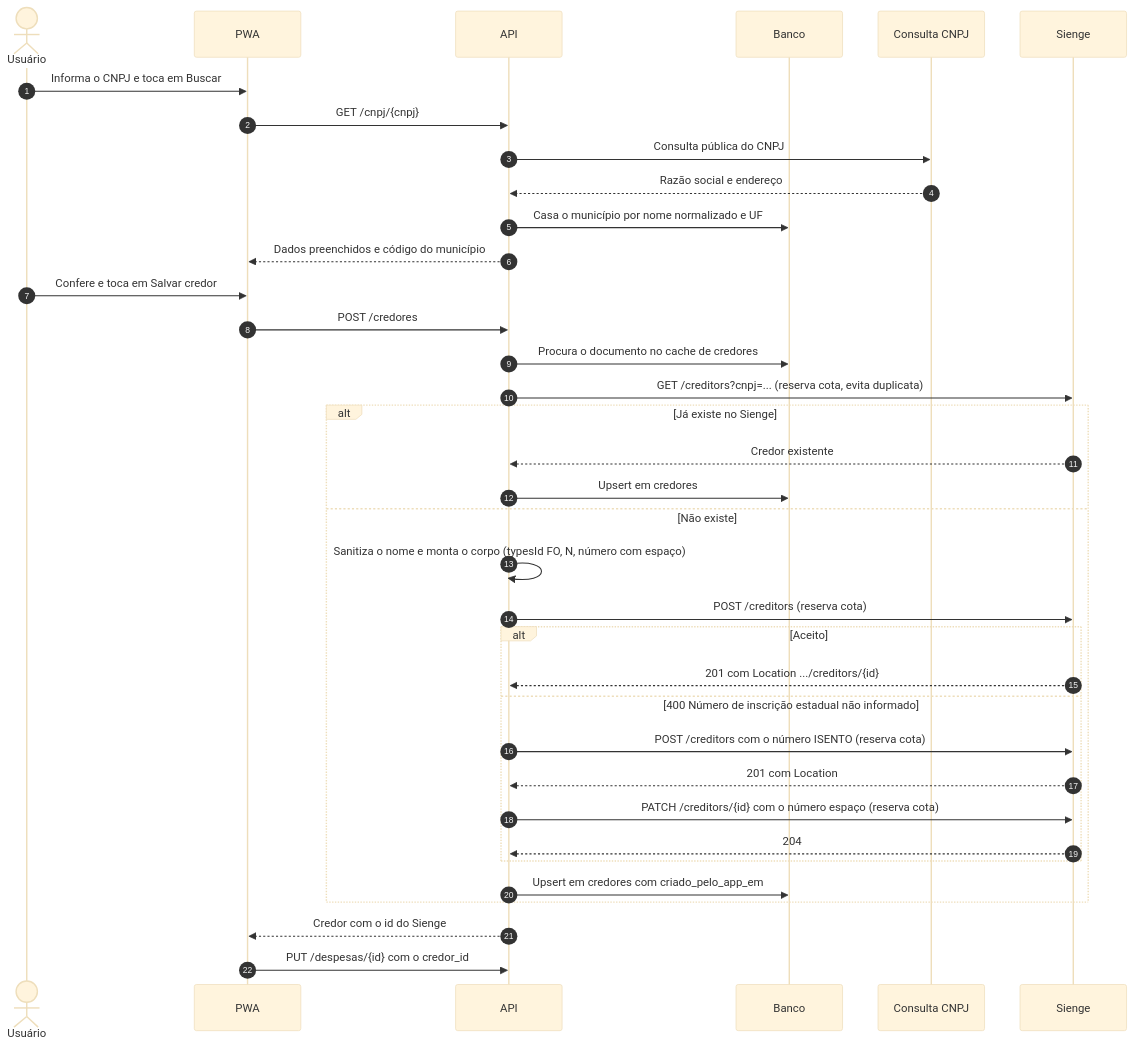
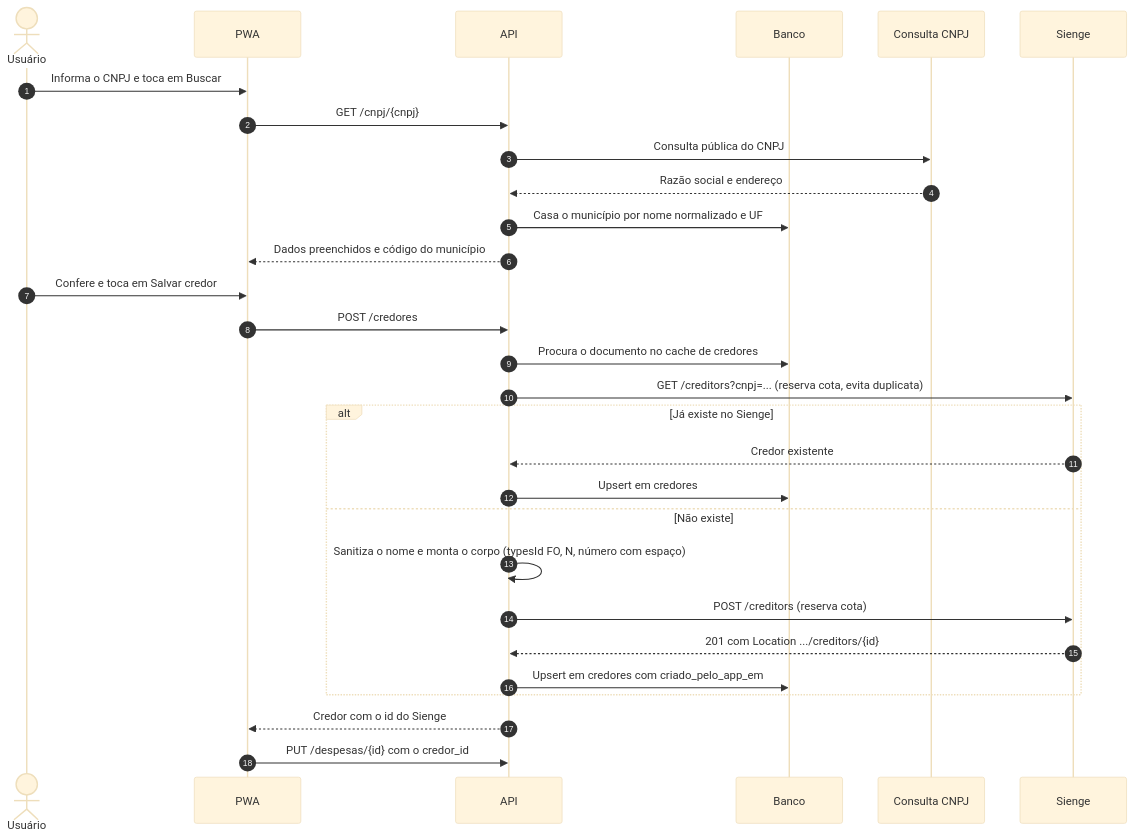
The third of 9 diagrams in docs/modelagem/03-sequencias.md (matheus-souza03/app-despesa), drawn with Mermaid (base theme) before and after one commit. The commit also changed 5 other files, not shown here.

First line of the commit message:
docs: credor com inscrição estadual em espaço e SMTP da caixa Locaweb

````diff
--- a/docs/modelagem/03-sequencias.md
+++ b/docs/modelagem/03-sequencias.md
@@ -118,39 +118,32 @@
 ```mermaid
 sequenceDiagram
     autonumber
     actor U as Usuário
     participant P as PWA
     participant A as API
     participant D as Banco
     participant B as Consulta CNPJ
     participant S as Sienge
 
     U->>P: Informa o CNPJ e toca em Buscar
     P->>A: GET /cnpj/{cnpj}
     A->>B: Consulta pública do CNPJ
     B-->>A: Razão social e endereço
     A->>D: Casa o município por nome normalizado e UF
     A-->>P: Dados preenchidos e código do município
     U->>P: Confere e toca em Salvar credor
     P->>A: POST /credores
     A->>D: Procura o documento no cache de credores
     A->>S: GET /creditors?cnpj=... (reserva cota, evita duplicata)
     alt Já existe no Sienge
         S-->>A: Credor existente
         A->>D: Upsert em credores
     else Não existe
         A->>A: Sanitiza o nome e monta o corpo (typesId FO, N, número com espaço)
         A->>S: POST /creditors (reserva cota)
-        alt Aceito
-            S-->>A: 201 com Location .../creditors/{id}
-        else 400 Número de inscrição estadual não informado
-            A->>S: POST /creditors com o número ISENTO (reserva cota)
-            S-->>A: 201 com Location
-            A->>S: PATCH /creditors/{id} com o número espaço (reserva cota)
-            S-->>A: 204
-        end
+        S-->>A: 201 com Location .../creditors/{id}
         A->>D: Upsert em credores com criado_pelo_app_em
     end
     A-->>P: Credor com o id do Sienge
     P->>A: PUT /despesas/{id} com o credor_id
 ```
````
